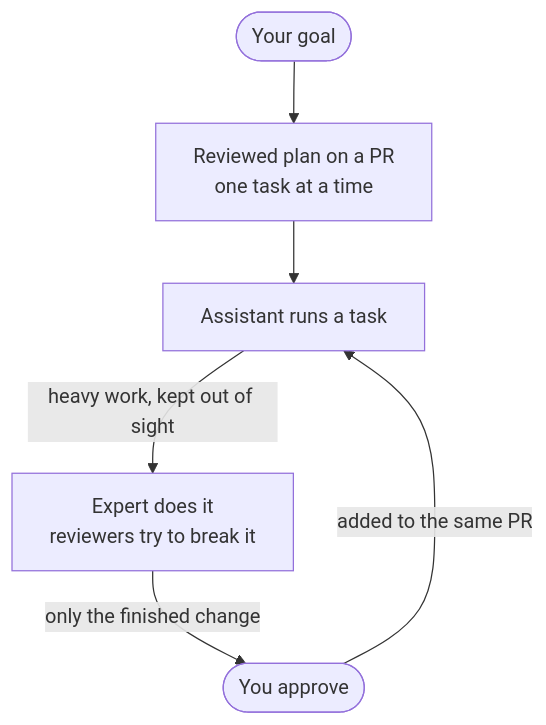
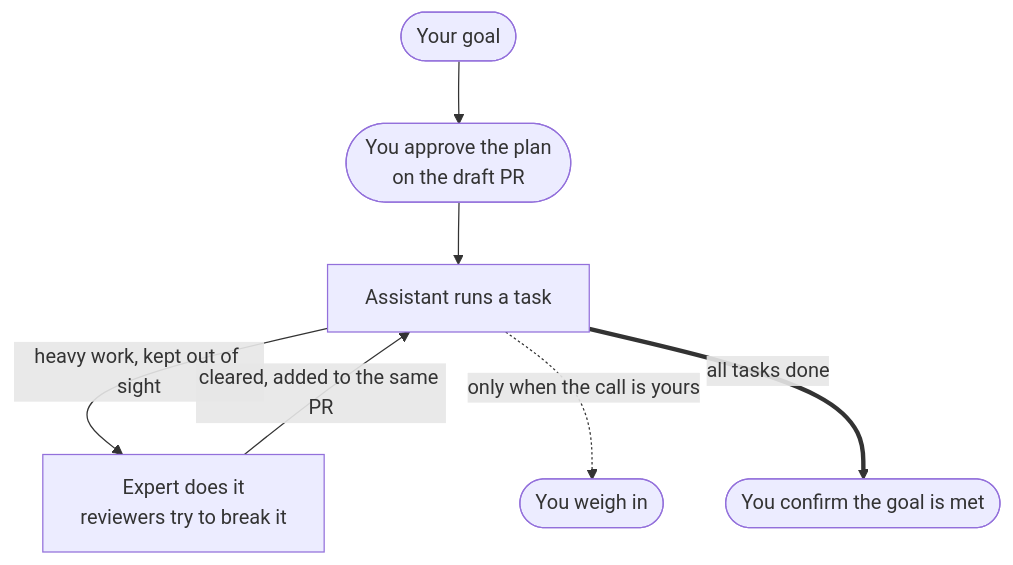
One commit to lovaizu/ccpm changed the diagram in rn/README.md. Above: the diagram before and after it, drawn with Mermaid. The commit also changed other lines of this file and 56 other files, not shown here.

````diff
--- a/rn/README.md
+++ b/rn/README.md
@@ -18,8 +18,9 @@
 ```mermaid
 flowchart TD
-  G([Your goal]) --> P[Reviewed plan on a PR<br/>one task at a time]
+  G([Your goal]) --> P([You approve the plan<br/>on the draft PR])
   P --> W[Assistant runs a task]
   W -->|heavy work, kept out of sight| X[Expert does it<br/>reviewers try to break it]
-  X -->|only the finished change| Y([You approve])
-  Y -->|added to the same PR| W
+  X -->|cleared, added to the same PR| W
+  W -.->|only when the call is yours| C([You weigh in])
+  W ==>|all tasks done| D([You confirm the goal is met])
 ```
````
